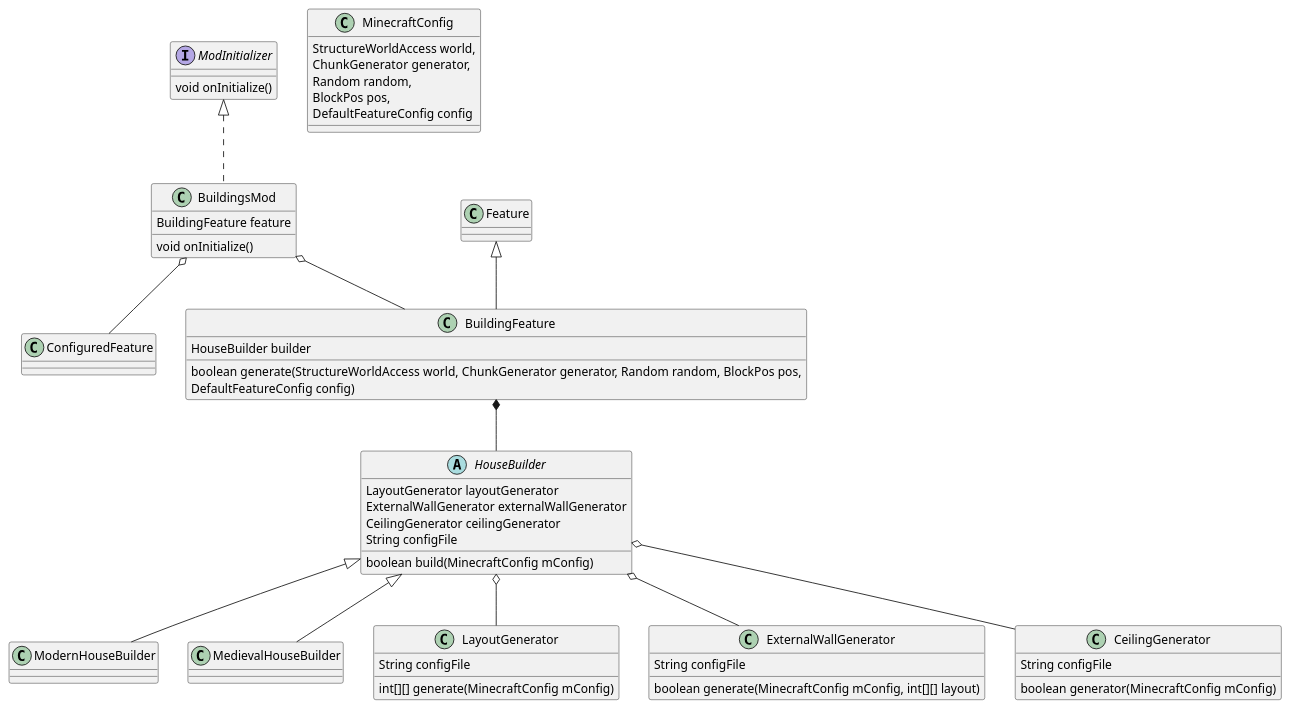
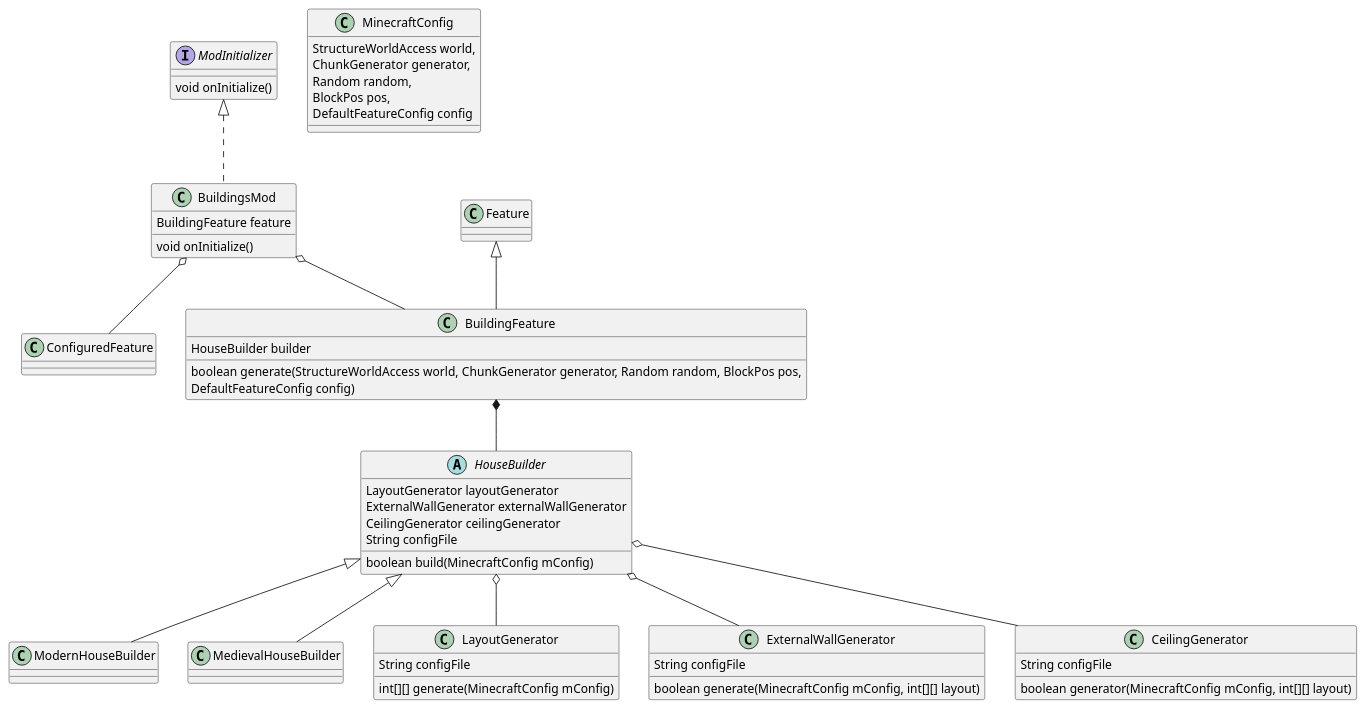
The diagram in src/main/ClassUMLDiagram.puml (pmolodyk/MinecraftFabricMod), drawn with PlantUML before and after one commit. The commit also changed 8 other files, not shown here.

```diff
--- a/src/main/ClassUMLDiagram.puml
+++ b/src/main/ClassUMLDiagram.puml
@@ -1,75 +1,75 @@
 @startuml
 'https://plantuml.com/class-diagram
 
 interface ModInitializer {
     void onInitialize()
 }
 
 class Feature
 
 class ConfiguredFeature
 
 class BuildingFeature {
     HouseBuilder builder
     boolean generate(StructureWorldAccess world, ChunkGenerator generator, Random random, BlockPos pos,
                                 DefaultFeatureConfig config)
 }
 
 class MinecraftConfig{
     StructureWorldAccess world,
     ChunkGenerator generator,
     Random random,
     BlockPos pos,
     DefaultFeatureConfig config
 }
 
 class BuildingsMod {
     BuildingFeature feature
     void onInitialize()
 }
 
 abstract class HouseBuilder {
     LayoutGenerator layoutGenerator
     ExternalWallGenerator externalWallGenerator
     CeilingGenerator ceilingGenerator
     String configFile
 
     boolean build(MinecraftConfig mConfig)
 }
 
 class ModernHouseBuilder {
 }
 
 class MedievalHouseBuilder {
 }
 
 class LayoutGenerator {
     String configFile
 
     int[][] generate(MinecraftConfig mConfig)
 }
 
 class ExternalWallGenerator{
     String configFile
     boolean generate(MinecraftConfig mConfig, int[][] layout)
 }
 
 class CeilingGenerator{
     String configFile
-    boolean generator(MinecraftConfig mConfig)
+    boolean generator(MinecraftConfig mConfig, int[][] layout)
 }
 
 ModInitializer <|.. BuildingsMod
 Feature <|-- BuildingFeature
 BuildingsMod o-- BuildingFeature
 BuildingsMod o-- ConfiguredFeature
 BuildingFeature *-- HouseBuilder
 
 HouseBuilder <|-- ModernHouseBuilder
 HouseBuilder <|-- MedievalHouseBuilder
 
 HouseBuilder o-- LayoutGenerator
 HouseBuilder o-- ExternalWallGenerator
 HouseBuilder o-- CeilingGenerator
 
 @enduml
```
